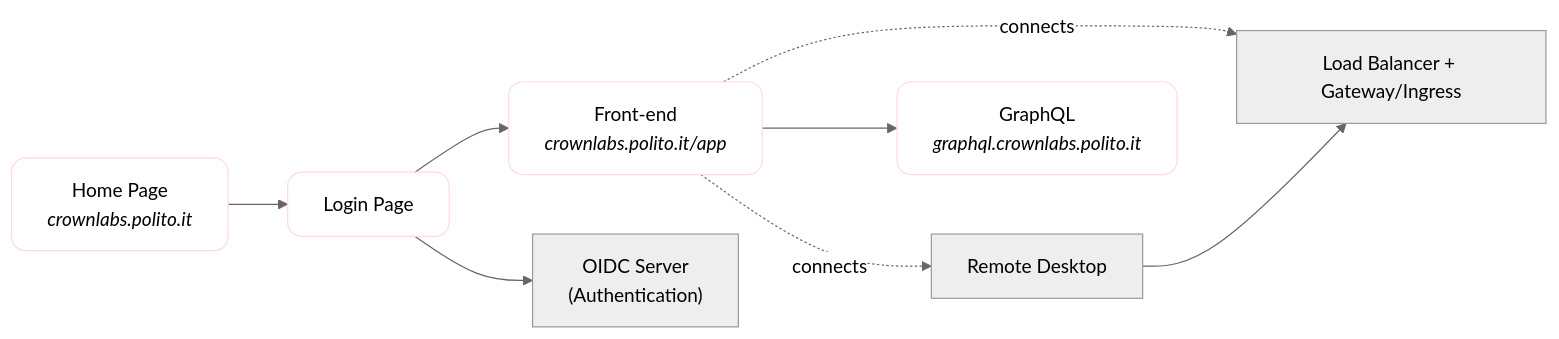
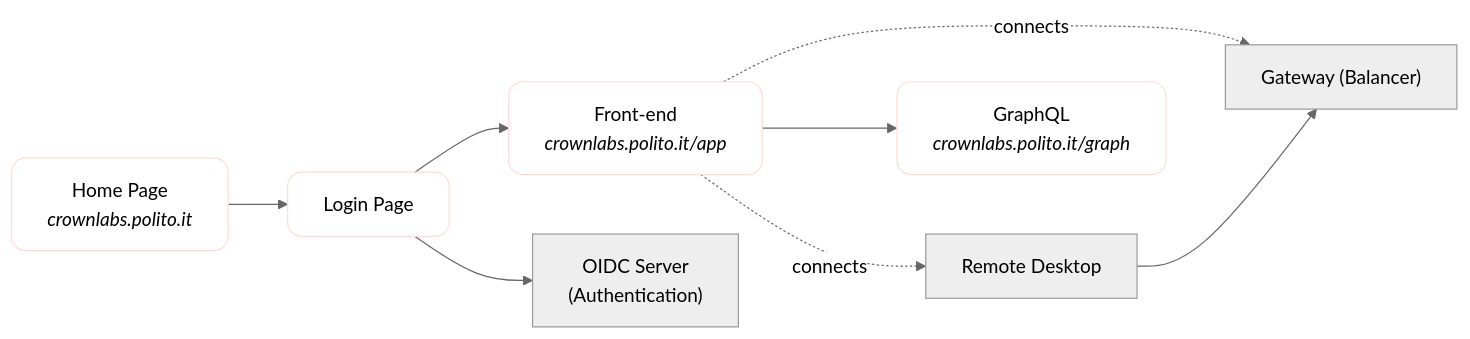
The fifth of 8 diagrams in BIGPICTURE.md (netgroup-polito/CrownLabs), drawn with Mermaid (neutral theme) before and after one commit. The commit also changed other lines of this file, not shown here.

Commit message:
simplified colog logic and legend + edit BP crownlabs

````diff
--- a/BIGPICTURE.md
+++ b/BIGPICTURE.md
@@ -239,25 +218,25 @@
 ```mermaid
 flowchart LR
 
 Home["`Home Page
     _crownlabs.polito.it_`"]:::FrontendStyle
 Login["Login Page"]:::FrontendStyle
 Frontend["`Front-end
     _crownlabs.polito.it/app_`"]:::FrontendStyle
 Remote["Remote Desktop"]
 OIDC["`OIDC Server
     (Authentication)`"]
 Graph["`GraphQL
-    _graphql.crownlabs.polito.it_`"]:::FrontendStyle
-GWAPI["Load Balancer + Gateway/Ingress"]
+    _crownlabs.polito.it/graph_`"]:::FrontendStyle
+GWAPI["Gateway (Balancer)"]
 
 Home --> Login
 Login --> Frontend
 Login --> OIDC
 Frontend --> Graph
 Frontend -. connects .-> Remote
 Frontend -. connects .-> GWAPI
 Remote --> GWAPI
 
 classDef FrontendStyle stroke:#FDDCD7,rx:12,ry:12,fill:none
 ```
````
